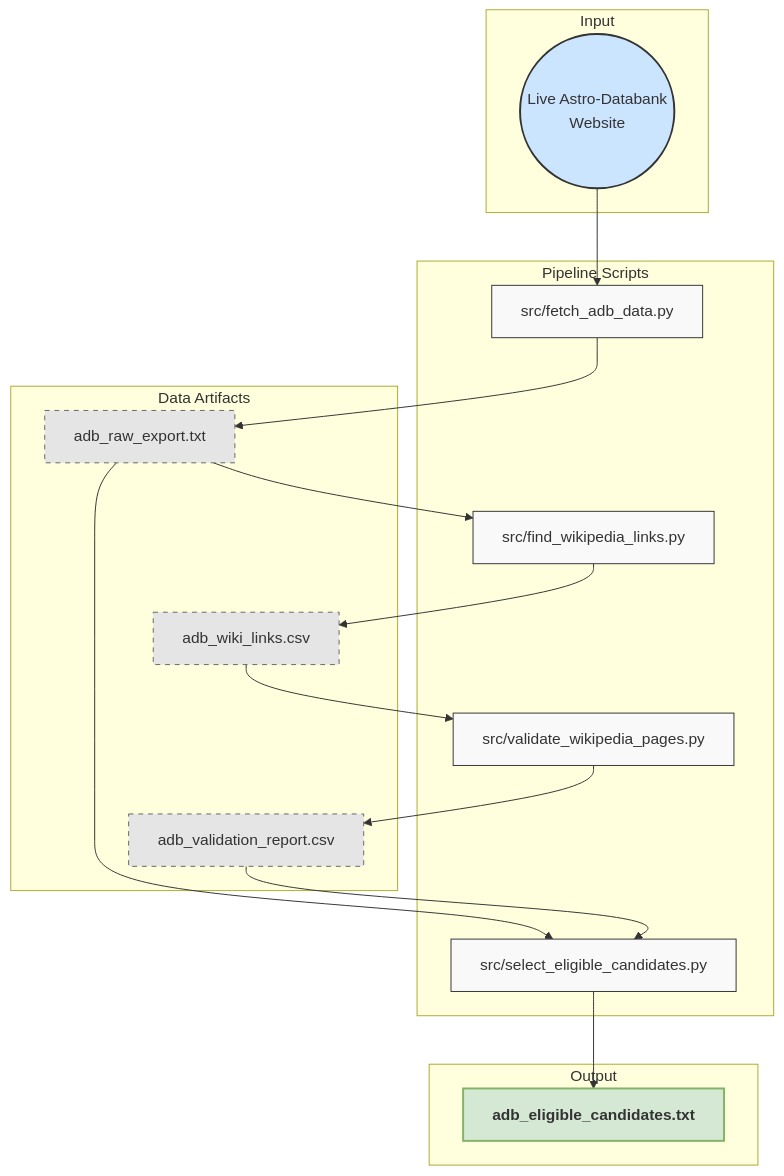
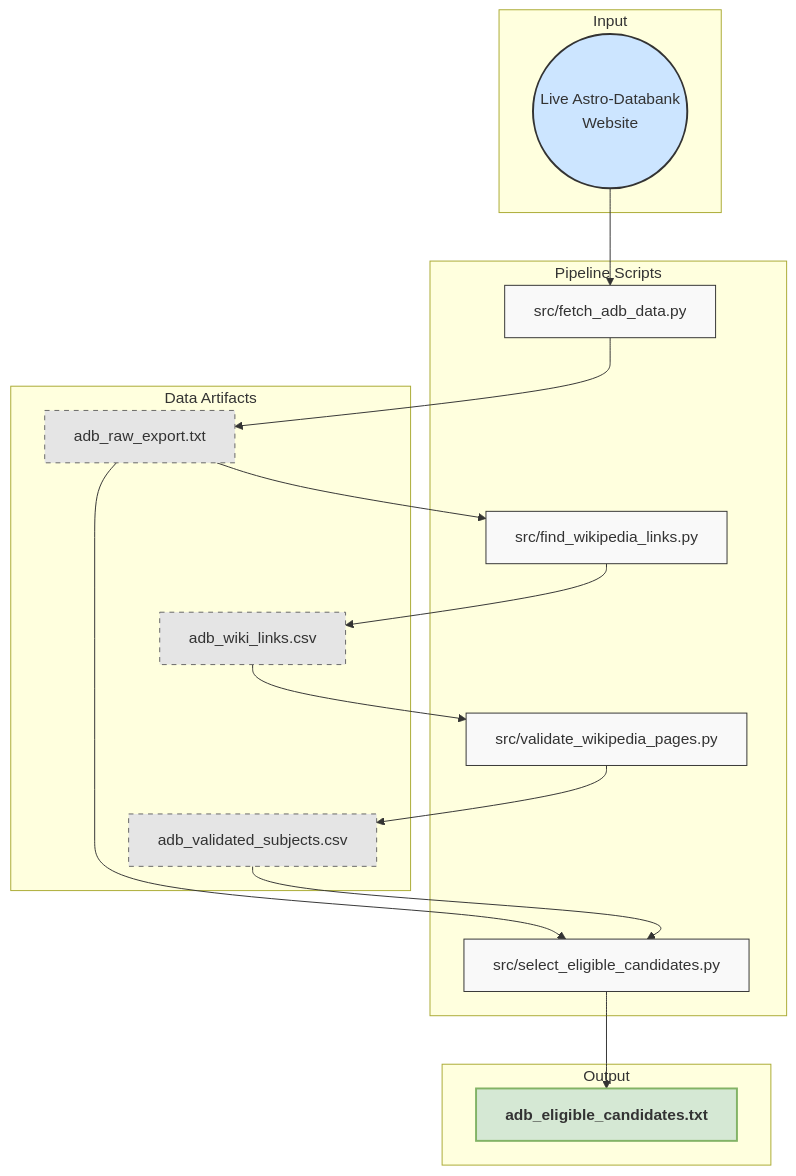
The diagram in docs/diagrams/flow_prep_1_qualification.mmd (peterjmarko/llm-narrative-framework), drawn with Mermaid before and after one commit. The commit also changed 11 other files, not shown here.

```diff
--- a/docs/diagrams/flow_prep_1_qualification.mmd
+++ b/docs/diagrams/flow_prep_1_qualification.mmd
@@ -1,40 +1,40 @@
 graph TD
     classDef process fill:#f9f9f9,stroke:#333,stroke-width:1px
     classDef artifact fill:#e5e5e5,stroke:#666,stroke-width:1px,stroke-dasharray: 5 5
     classDef source fill:#cce5ff,stroke:#333,stroke-width:2px
     classDef finalProduct fill:#d5e8d4,stroke:#82b366,stroke-width:2px,font-weight:bold
 
     subgraph "Input"
         adb_source(("Live Astro-Databank<br/>Website")):::source
     end
 
     subgraph "Pipeline Scripts"
         fetch[src/fetch_adb_data.py]:::process
         find_links[src/find_wikipedia_links.py]:::process
         validate[src/validate_wikipedia_pages.py]:::process
         select_eligible[src/select_eligible_candidates.py]:::process
     end
 
     subgraph "Data Artifacts"
         raw_export[adb_raw_export.txt]:::artifact
         wiki_links[adb_wiki_links.csv]:::artifact
-        validation_report[adb_validation_report.csv]:::artifact
+        validated_subjects[adb_validated_subjects.csv]:::artifact
     end
     
     subgraph "Output"
         eligible_candidates[adb_eligible_candidates.txt]:::finalProduct
     end
 
     adb_source --> fetch
     fetch --> raw_export
 
     raw_export --> find_links
     find_links --> wiki_links
     
     wiki_links --> validate
-    validate --> validation_report
+    validate --> validated_subjects
     
     raw_export --> select_eligible
-    validation_report --> select_eligible
+    validated_subjects --> select_eligible
     
     select_eligible --> eligible_candidates
```
